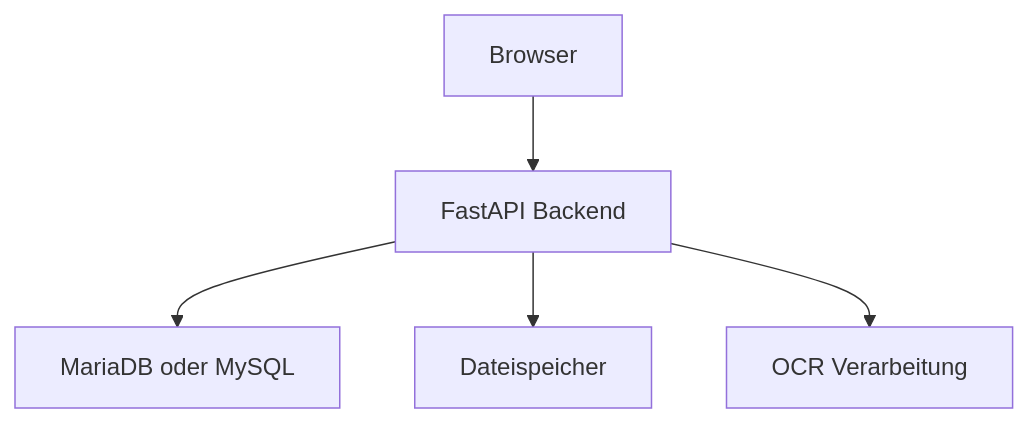
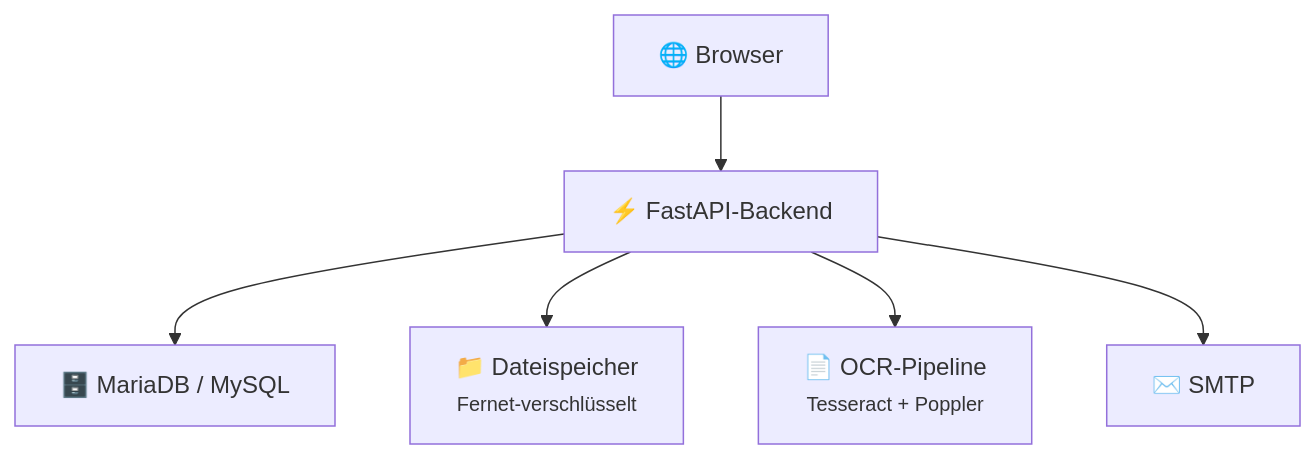
Before and after one commit to CHFChris/Dokumentation-zur-Projektarbeit: the second of 5 diagrams in docs/developer/architecture.md, drawn with Mermaid. The commit also changed other lines of this file and 19 other files, not shown here.

````diff
--- a/docs/developer/architecture.md
+++ b/docs/developer/architecture.md
@@ -27,7 +29,8 @@
 ```mermaid
 flowchart TB
-    Browser[Browser] --> API[FastAPI Backend]
-    API --> DB[MariaDB oder MySQL]
-    API --> Storage[Dateispeicher]
-    API --> OCR[OCR Verarbeitung]
+    Browser["🌐 Browser"] --> API["⚡ FastAPI-Backend"]
+    API --> DB["🗄️ MariaDB / MySQL"]
+    API --> Storage["📁 Dateispeicher<br/><small>Fernet-verschlüsselt</small>"]
+    API --> OCR["📄 OCR-Pipeline<br/><small>Tesseract + Poppler</small>"]
+    API --> Mail["✉️ SMTP"]
 ```
````
